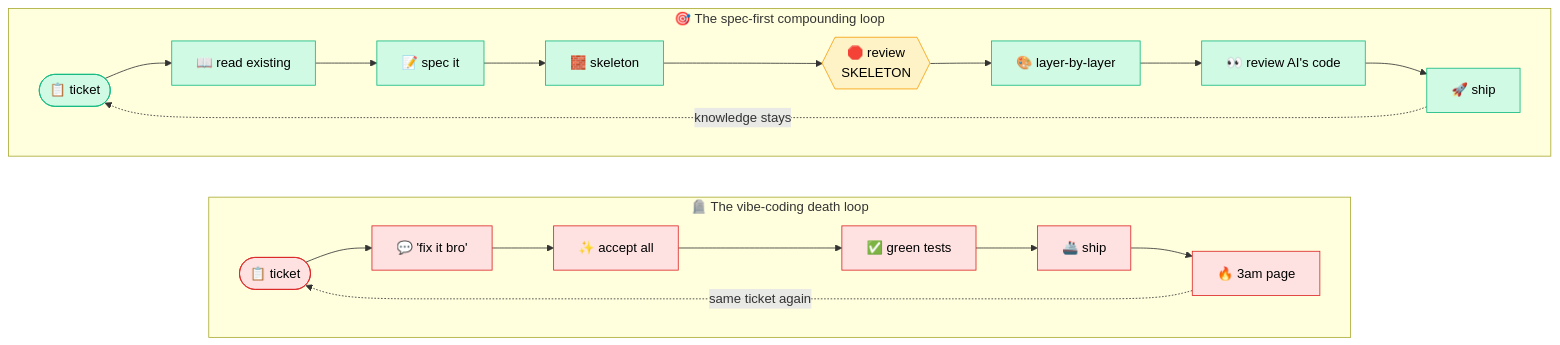
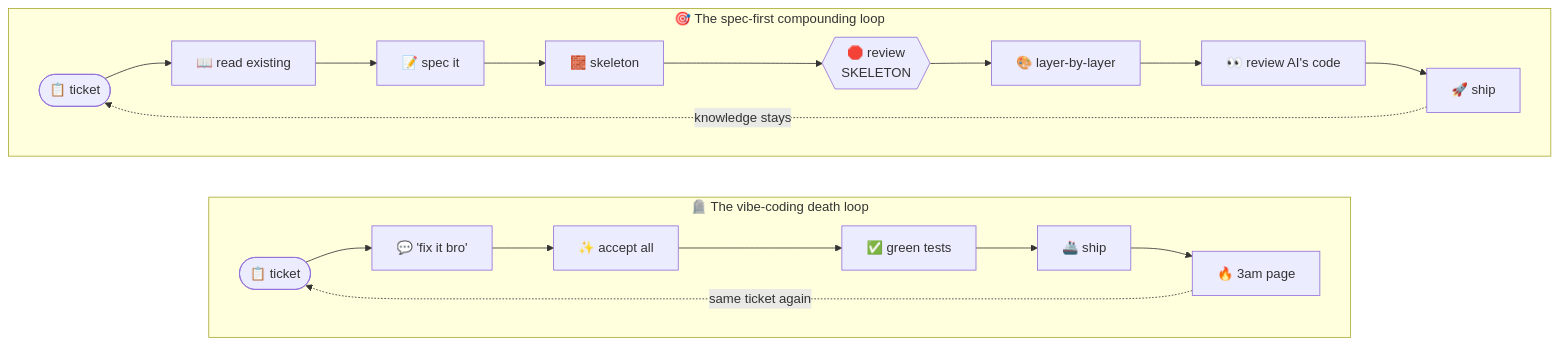
The fourth of 5 diagrams in src/content/blog/java-roadmap-ai-era/en.md (hanafifirman11/hanafifirman11.github.io), drawn with Mermaid before and after one commit. The commit also changed other lines of this file and 1 other file, not shown here.

First line of the commit message:
content: humanize pass on java-roadmap (en + id) per HUMANIZE.md

````diff
--- a/src/content/blog/java-roadmap-ai-era/en.md
+++ b/src/content/blog/java-roadmap-ai-era/en.md
@@ -215,30 +211,23 @@
 ```mermaid
 flowchart LR
     subgraph Bad["🪦 The vibe-coding death loop"]
         direction LR
         B1(["📋 ticket"]) --> B2["💬 'fix it bro'"]
         B2 --> B3["✨ accept all"]
         B3 --> B4["✅ green tests"]
         B4 --> B5["🚢 ship"]
         B5 --> B6["🔥 3am page"]
         B6 -.->|same ticket again| B1
     end
     subgraph Good["🎯 The spec-first compounding loop"]
         direction LR
         G1(["📋 ticket"]) --> G2["📖 read existing"]
         G2 --> G3["📝 spec it"]
         G3 --> G4["🧱 skeleton"]
         G4 --> G5{{"🛑 review<br/>SKELETON"}}
         G5 --> G6["🎨 layer-by-layer"]
         G6 --> G7["👀 review AI's code"]
         G7 --> G8["🚀 ship"]
         G8 -.->|knowledge stays| G1
     end
-
-    classDef bad stroke:#dc2626,fill:#fee2e2,color:#000
-    classDef good stroke:#10b981,fill:#d1fae5,color:#000
-    classDef gate stroke:#f59e0b,fill:#fef3c7,color:#000
-    class B1,B2,B3,B4,B5,B6 bad
-    class G1,G2,G3,G4,G6,G7,G8 good
-    class G5 gate
 ```
````
